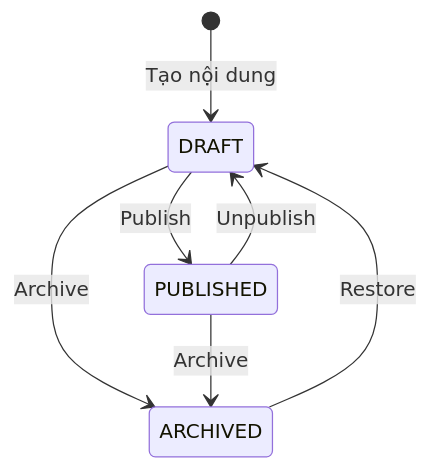
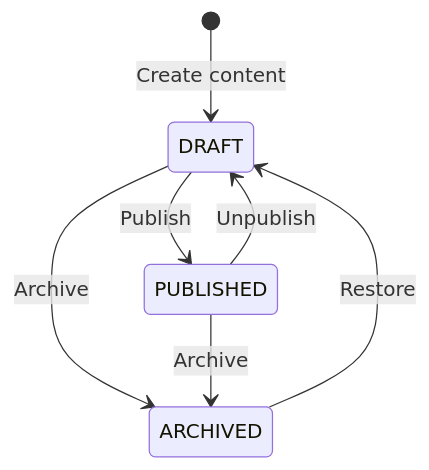
The third of 3 diagrams in README.md (viettuan27/gaming-gear-api), drawn with Mermaid before and after one commit. The commit also changed other lines of this file, not shown here.

````diff
--- a/README.md
+++ b/README.md
@@ -65,9 +67,9 @@
 ```mermaid
 stateDiagram-v2
-    [*] --> DRAFT: Tạo nội dung
+    [*] --> DRAFT: Create content
     DRAFT --> PUBLISHED: Publish
     PUBLISHED --> DRAFT: Unpublish
     DRAFT --> ARCHIVED: Archive
     PUBLISHED --> ARCHIVED: Archive
     ARCHIVED --> DRAFT: Restore
 ```
````
